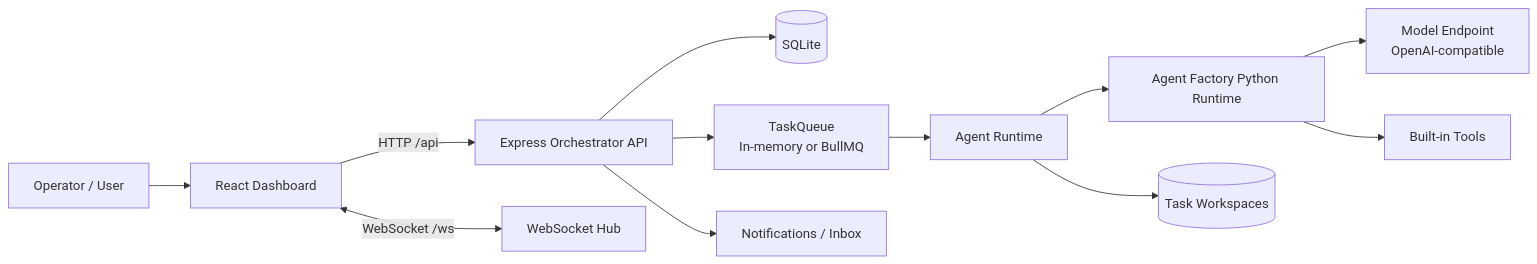
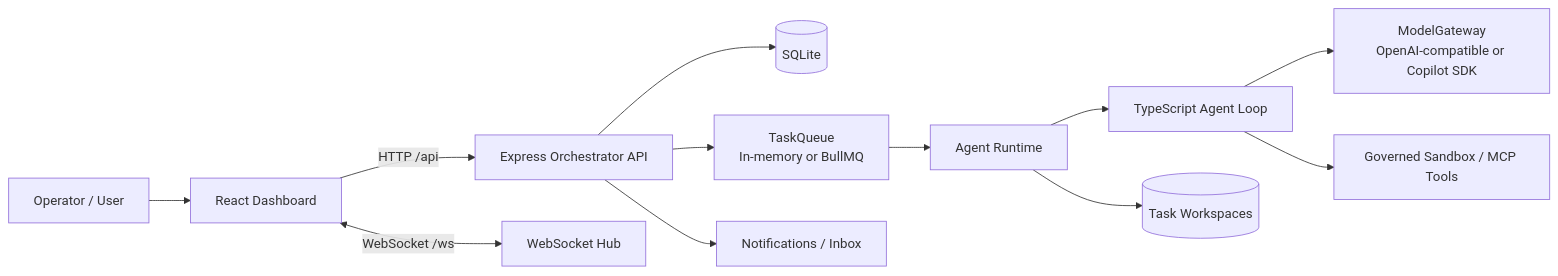
The first of 14 diagrams in docs/ARCHITECTURE.md (Zchary1106/Myrmecia), drawn with Mermaid before and after one commit. The commit also changed other lines of this file and 271 other files, not shown here.

Commit message:
feat: complete workspace lifecycle and agent runtime governance

````diff
--- a/docs/ARCHITECTURE.md
+++ b/docs/ARCHITECTURE.md
@@ -7,14 +7,14 @@
 ```mermaid
 flowchart LR
   Operator[Operator / User] --> Dashboard[React Dashboard]
   Dashboard -->|HTTP /api| Server[Express Orchestrator API]
   Dashboard <-->|WebSocket /ws| WSHub[WebSocket Hub]
   Server --> SQLite[(SQLite)]
   Server --> Queue[TaskQueue<br/>In-memory or BullMQ]
   Queue --> Runtime[Agent Runtime]
-  Runtime --> PythonRuntime[Agent Factory Python Runtime]
-  PythonRuntime --> Proxy[Model Endpoint<br/>OpenAI-compatible]
-  PythonRuntime --> Tools[Built-in Tools]
+  Runtime --> TSRuntime[TypeScript Agent Loop]
+  TSRuntime --> Gateway[ModelGateway<br/>OpenAI-compatible or Copilot SDK]
+  TSRuntime --> Tools[Governed Sandbox / MCP Tools]
   Runtime --> Workspaces[(Task Workspaces)]
   Server --> Notifications[Notifications / Inbox]
 ```
````
